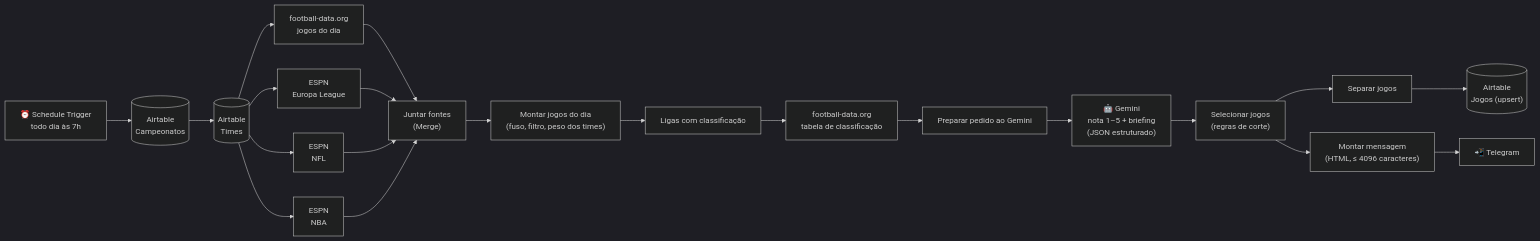
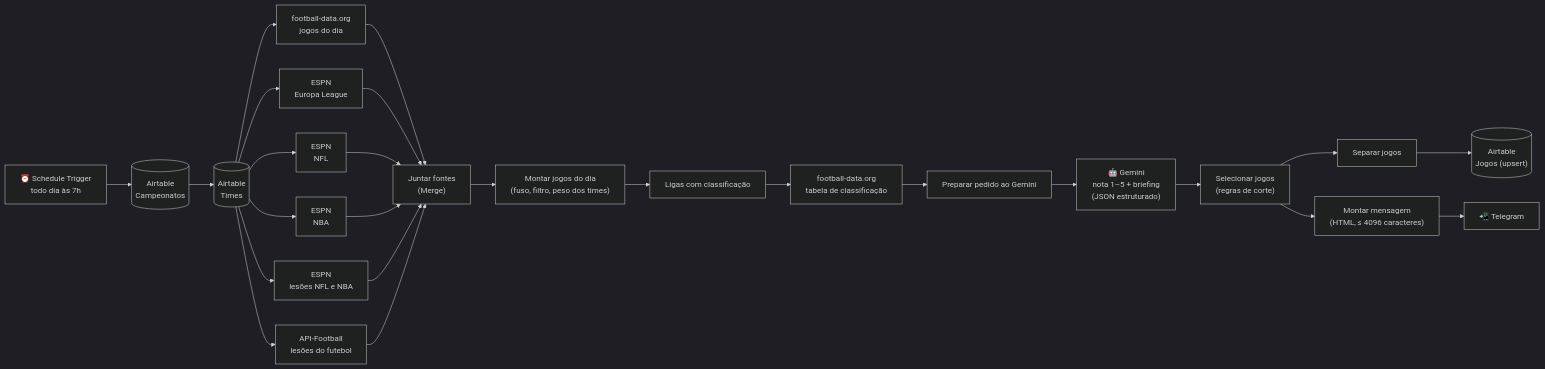
Before and after one commit to bernard-014/pauta-de-jogos: the diagram in README.md, drawn with Mermaid (dark theme). The commit also changed other lines of this file and 9 other files, not shown here.

````diff
--- a/README.md
+++ b/README.md
@@ -50,21 +50,25 @@
 ```mermaid
 flowchart LR
     T["⏰ Schedule Trigger<br/>todo dia às 7h"] --> C[("Airtable<br/>Campeonatos")]
     C --> TM[("Airtable<br/>Times")]
     TM --> FD["football-data.org<br/>jogos do dia"]
     TM --> ES["ESPN<br/>Europa League"]
     TM --> NF["ESPN<br/>NFL"]
     TM --> NB["ESPN<br/>NBA"]
+    TM --> LE["ESPN<br/>lesões NFL e NBA"]
+    TM --> AF["API-Football<br/>lesões do futebol"]
     FD --> JF["Juntar fontes<br/>(Merge)"]
     ES --> JF
     NF --> JF
     NB --> JF
+    LE --> JF
+    AF --> JF
     JF --> MJ["Montar jogos do dia<br/>(fuso, filtro, peso dos times)"]
     MJ --> LC["Ligas com classificação"]
     LC --> CL["football-data.org<br/>tabela de classificação"]
     CL --> PG["Preparar pedido ao Gemini"]
     PG --> G["🤖 Gemini<br/>nota 1–5 + briefing<br/>(JSON estruturado)"]
     G --> SJ["Selecionar jogos<br/>(regras de corte)"]
     SJ --> SA["Separar jogos"] --> AT[("Airtable<br/>Jogos (upsert)")]
     SJ --> MM["Montar mensagem<br/>(HTML, ≤ 4096 caracteres)"] --> TG["📲 Telegram"]
 ```
````
